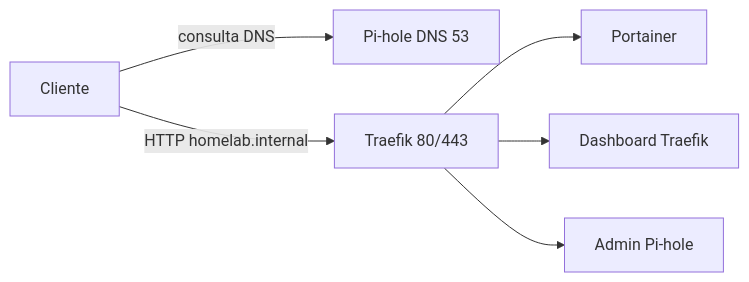
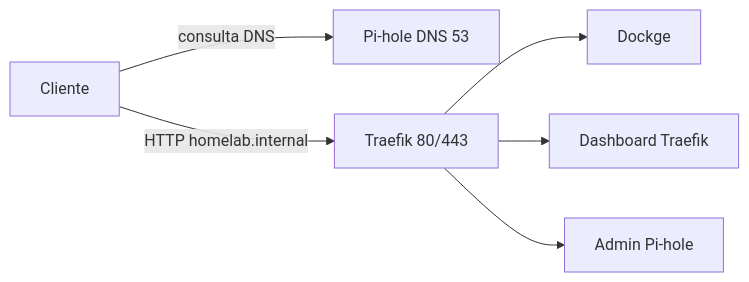
One commit to davi-lucciola/homelab-setup changed the diagram in README.md. Above: the diagram before and after it, drawn with Mermaid. The commit also changed other lines of this file, not shown here.

Commit message:
Documentar stacks independentes, Dockge e o check de DNS.

````diff
--- a/README.md
+++ b/README.md
@@ -7,15 +7,15 @@
 ```mermaid
 flowchart LR
   client[Cliente]
   pihole[Pi-hole DNS 53]
   traefik[Traefik 80/443]
-  portainer[Portainer]
+  dockge[Dockge]
   dash[Dashboard Traefik]
   admin[Admin Pi-hole]
 
   client -->|consulta DNS| pihole
   client -->|HTTP homelab.internal| traefik
-  traefik --> portainer
+  traefik --> dockge
   traefik --> dash
   traefik --> admin
 ```
````
